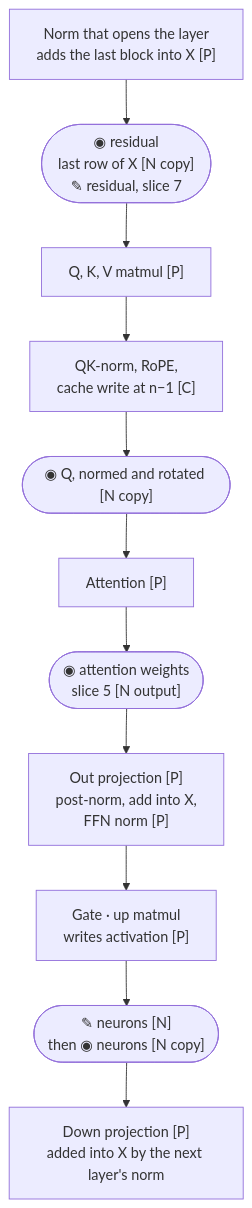
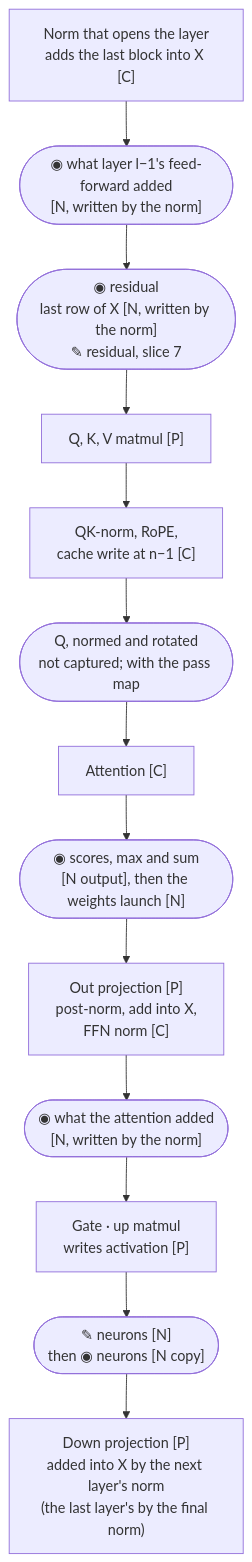
One commit to plainsight-systems/frizzle changed the third of 7 diagrams in docs/architecture/logical-overview.md. Above: the diagram before and after it, drawn with Mermaid. The commit also changed other lines of this file and 33 other files, not shown here.

````diff
--- a/docs/architecture/logical-overview.md
+++ b/docs/architecture/logical-overview.md
@@ -83,15 +83,17 @@
 ```mermaid
 flowchart TD
-  N1["Norm that opens the layer<br/>adds the last block into X [P]"]
-  X(["◉ residual<br/>last row of X [N copy]<br/>✎ residual, slice 7"])
+  N1["Norm that opens the layer<br/>adds the last block into X [C]"]
+  MA(["◉ what layer l−1's feed-forward added<br/>[N, written by the norm]"])
+  X(["◉ residual<br/>last row of X [N, written by the norm]<br/>✎ residual, slice 7"])
   QKV["Q, K, V matmul [P]"]
   R["QK-norm, RoPE,<br/>cache write at n−1 [C]"]
-  Q(["◉ Q, normed and rotated [N copy]"])
-  A["Attention [P]"]
-  AW(["◉ attention weights<br/>slice 5 [N output]"])
-  O["Out projection [P]<br/>post-norm, add into X,<br/>FFN norm [P]"]
+  Q(["Q, normed and rotated<br/>not captured; with the pass map"])
+  A["Attention [C]"]
+  AW(["◉ scores, max and sum<br/>[N output], then the weights launch [N]"])
+  O["Out projection [P]<br/>post-norm, add into X,<br/>FFN norm [C]"]
+  AA(["◉ what the attention added<br/>[N, written by the norm]"])
   GU["Gate · up matmul<br/>writes activation [P]"]
   E(["✎ neurons [N]<br/>then ◉ neurons [N copy]"])
-  D["Down projection [P]<br/>added into X by the next layer's norm"]
-  N1 --> X --> QKV --> R --> Q --> A --> AW --> O --> GU --> E --> D
+  D["Down projection [P]<br/>added into X by the next layer's norm<br/>(the last layer's by the final norm)"]
+  N1 --> MA --> X --> QKV --> R --> Q --> A --> AW --> O --> AA --> GU --> E --> D
 ```
````
